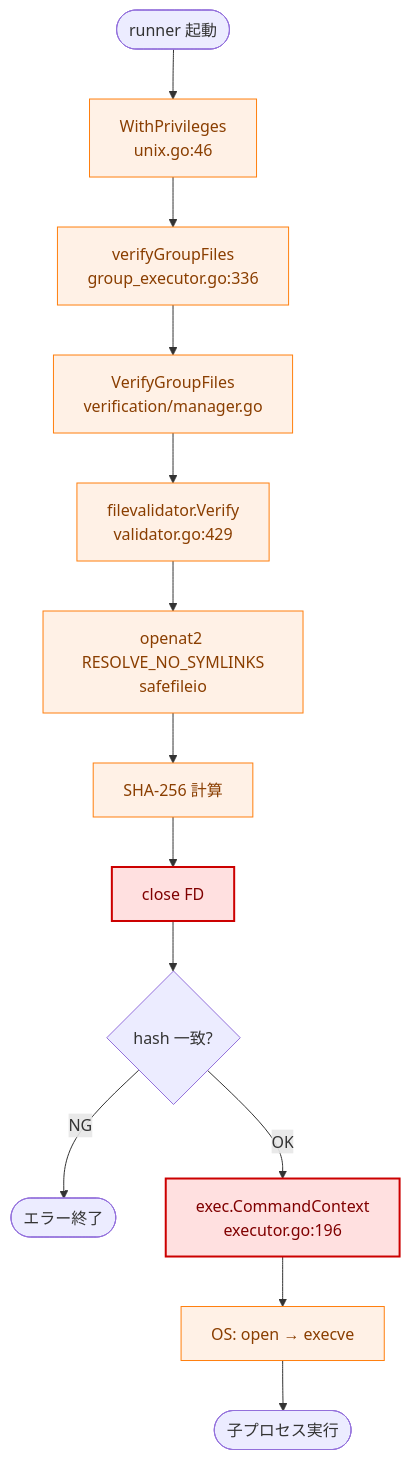
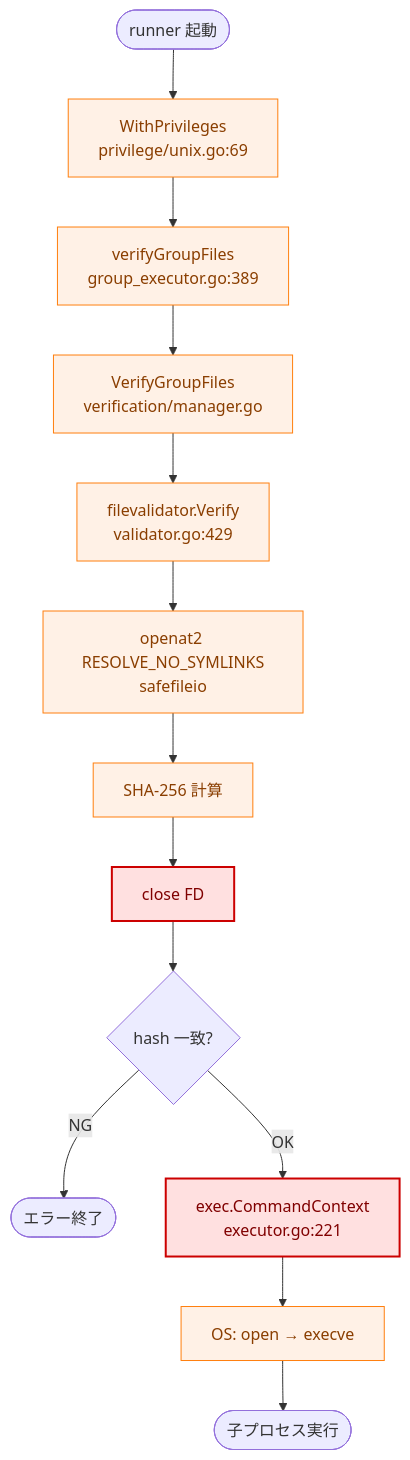
One commit to isseis/go-safe-cmd-runner changed the first of 2 diagrams in docs/tasks/0090_toctou_fexecve/00_analysis.md. Above: the diagram before and after it, drawn with Mermaid. The commit also changed other lines of this file, not shown here.

````diff
--- a/docs/tasks/0090_toctou_fexecve/00_analysis.md
+++ b/docs/tasks/0090_toctou_fexecve/00_analysis.md
@@ -15,21 +15,21 @@
 ```mermaid
 flowchart TD
     classDef process fill:#fff1e6,stroke:#ff7f0e,stroke-width:1px,color:#8a3e00;
     classDef toctou fill:#ffe0e0,stroke:#c00,stroke-width:2px,color:#800000;
 
-    A([runner 起動]) --> B[WithPrivileges<br>unix.go:46]
-    B --> C[verifyGroupFiles<br>group_executor.go:336]
+    A([runner 起動]) --> B[WithPrivileges<br>privilege/unix.go:69]
+    B --> C[verifyGroupFiles<br>group_executor.go:389]
     C --> D[VerifyGroupFiles<br>verification/manager.go]
     D --> E[filevalidator.Verify<br>validator.go:429]
     E --> E1[openat2 RESOLVE_NO_SYMLINKS<br>safefileio]
     E1 --> E2[SHA-256 計算]
     E2 --> E3[close FD]
     E3 --> F{hash 一致?}
     F -- NG --> G([エラー終了])
-    F -- OK --> H[exec.CommandContext<br>executor.go:196]
+    F -- OK --> H[exec.CommandContext<br>executor.go:221]
     H --> I[OS: open → execve]
     I --> J([子プロセス実行])
 
     class B,C,D,E,E1,E2,I process;
     class E3,H toctou;
 ```
````
